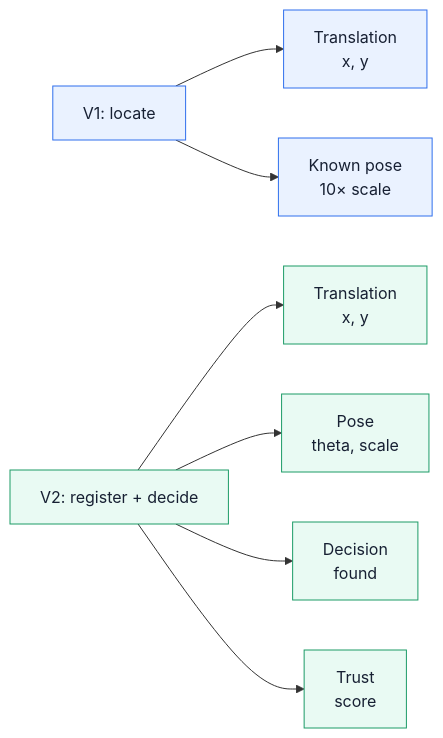
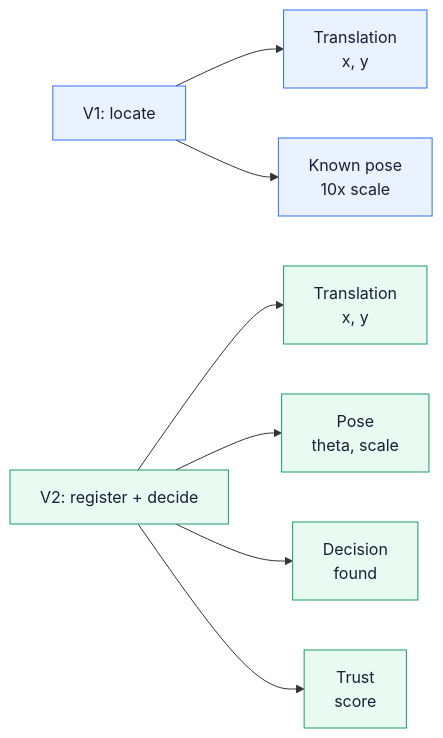
Before and after one commit to RHUDHRESH/LatticeRank-SEMICON-2026: the first of 14 diagrams in docs/V1_VS_V2.md, drawn with Mermaid. The commit also changed other lines of this file and 24 other files, not shown here.

````diff
--- a/docs/V1_VS_V2.md
+++ b/docs/V1_VS_V2.md
@@ -36,15 +42,15 @@
 ```mermaid
 flowchart LR
     V1["V1: locate"] --> T["Translation<br/>x, y"]
-    V1 --> K["Known pose<br/>10× scale"]
+    V1 --> K["Known pose<br/>10x scale"]
 
     V2["V2: register + decide"] --> T2["Translation<br/>x, y"]
     V2 --> P2["Pose<br/>theta, scale"]
     V2 --> D2["Decision<br/>found"]
     V2 --> C2["Trust<br/>score"]
 
     classDef old fill:#eaf2ff,stroke:#2f6fed,color:#172033
     classDef new fill:#e9faf3,stroke:#1c9b67,color:#172033
     class V1,T,K old
     class V2,T2,P2,D2,C2 new
 ```
````
